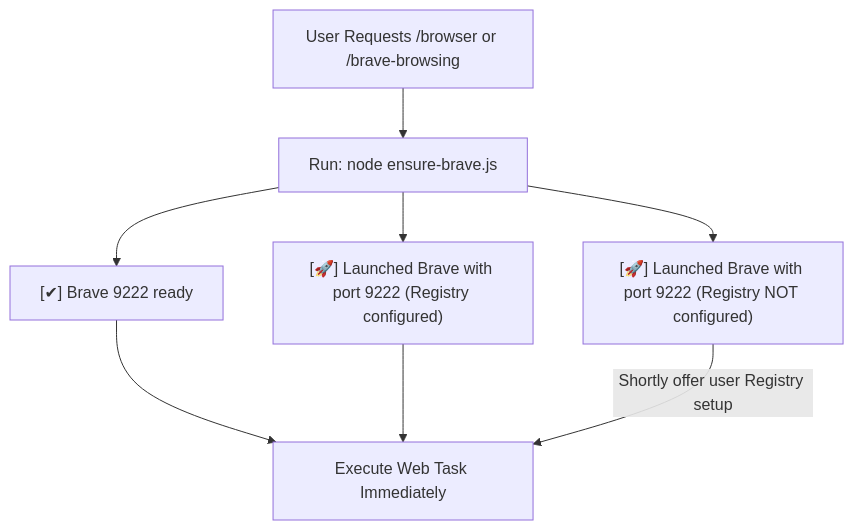
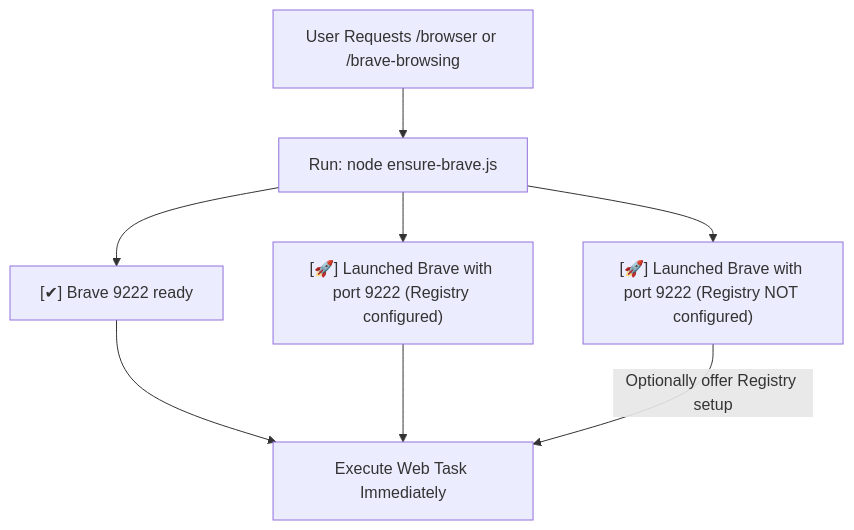
One commit to loerei/myskills changed the diagram in productivity/brave-browsing/SKILL.md. Above: the diagram before and after it, drawn with Mermaid. The commit also changed other lines of this file and 3 other files, not shown here.

````diff
--- a/productivity/brave-browsing/SKILL.md
+++ b/productivity/brave-browsing/SKILL.md
@@ -18,12 +18,12 @@
 ```mermaid
 flowchart TD
     Start["User Requests /browser or /brave-browsing"] --> RunEnsure["Run: node ensure-brave.js"]
     
     RunEnsure --> State1["[✔] Brave 9222 ready"]
     RunEnsure --> State2["[🚀] Launched Brave with port 9222 (Registry configured)"]
     RunEnsure --> State3["[🚀] Launched Brave with port 9222 (Registry NOT configured)"]
     
     State1 --> DirectWork["Execute Web Task Immediately"]
     State2 --> DirectWork
-    State3 -->|"Shortly offer user Registry setup"| DirectWork
+    State3 -->|"Optionally offer Registry setup"| DirectWork
 ```
````
